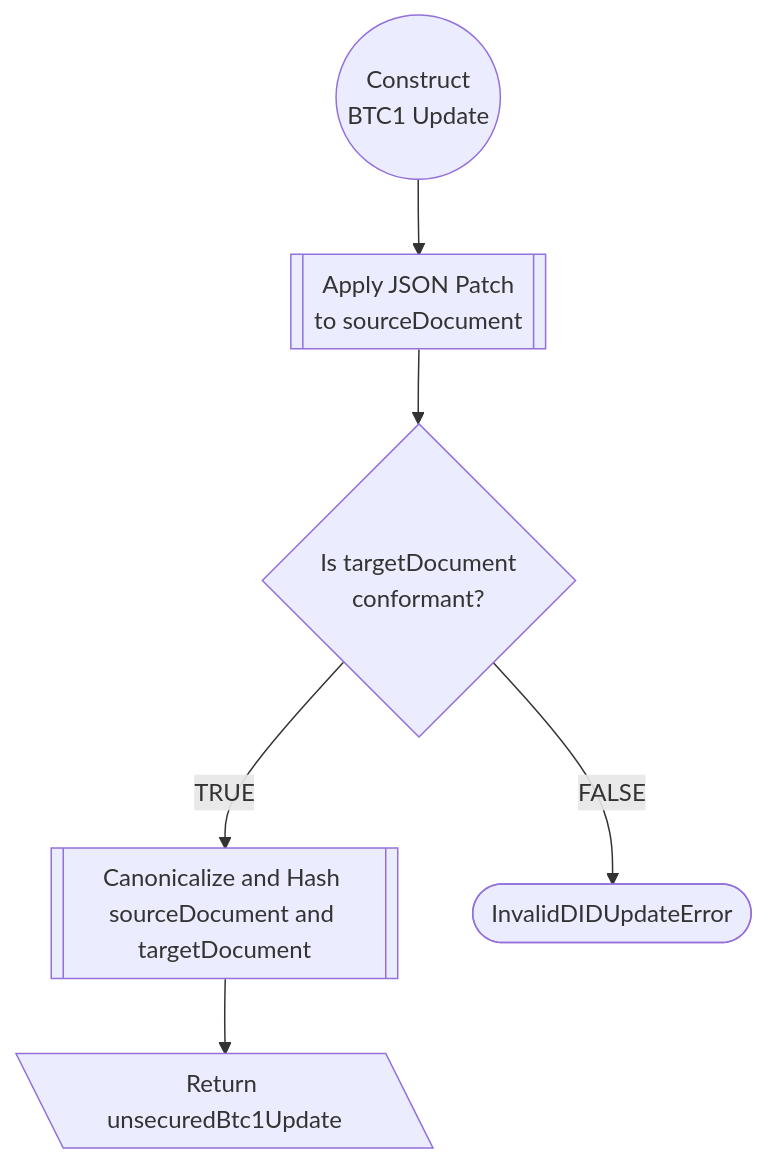
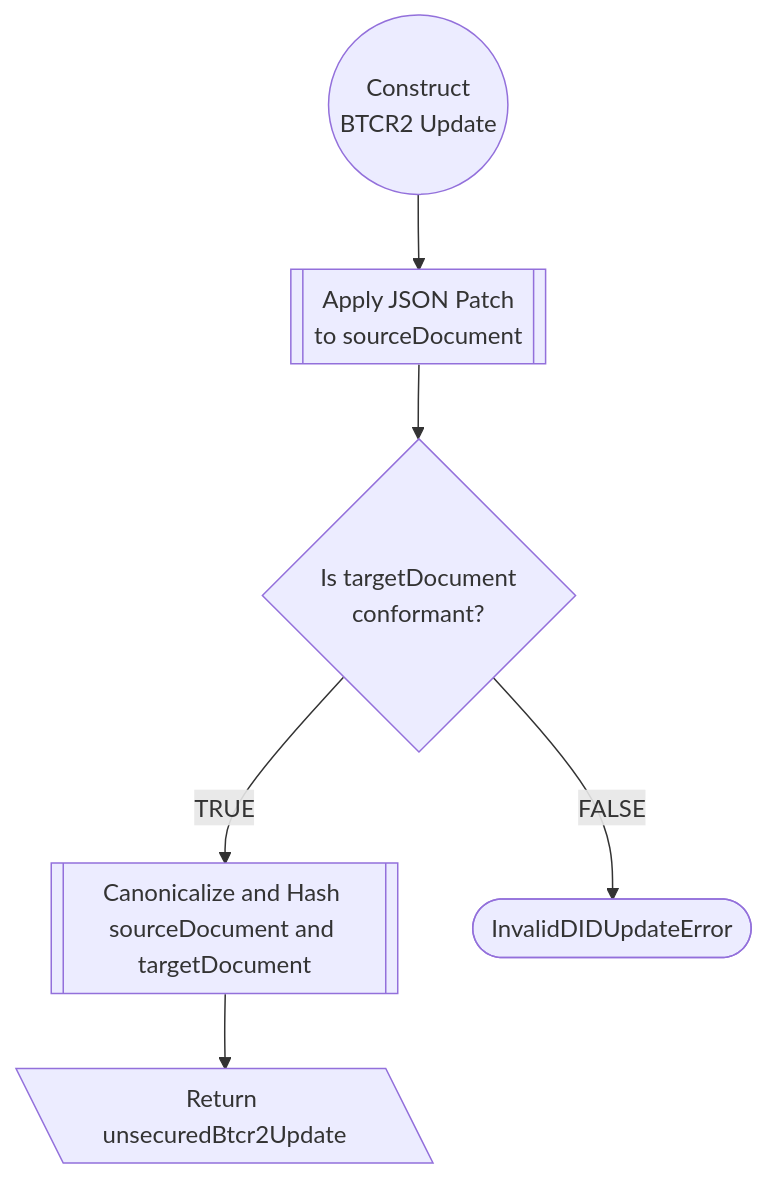
One commit to jintekc/website-btcr2-dev changed the seventh of 9 diagrams in docs/diagrams.md. Above: the diagram before and after it, drawn with Mermaid. The commit also changed other lines of this file and 20 other files, not shown here.

````diff
--- a/docs/diagrams.md
+++ b/docs/diagrams.md
@@ -220,8 +220,8 @@
 ```mermaid
 flowchart TD
-    Start@{shape: circle, label: Construct<br>BTC1 Update} --> ConstructPatch@{shape: subproc, label: Apply JSON Patch<br>to sourceDocument}
+    Start@{shape: circle, label: Construct<br>BTCR2 Update} --> ConstructPatch@{shape: subproc, label: Apply JSON Patch<br>to sourceDocument}
     ConstructPatch --> ValidateTargetDoc{Is targetDocument<br>conformant?}
     ValidateTargetDoc -->|TRUE|JSONCanonicalizeHash@{shape: subproc, label: Canonicalize and Hash sourceDocument and targetDocument}
     ValidateTargetDoc -->|FALSE|HandleError@{ shape: stadium, label: "InvalidDIDUpdateError" }
-    JSONCanonicalizeHash --> End@{shape: lean-l, label: Return unsecuredBtc1Update}
+    JSONCanonicalizeHash --> End@{shape: lean-l, label: Return unsecuredBtcr2Update}
 ```
````
